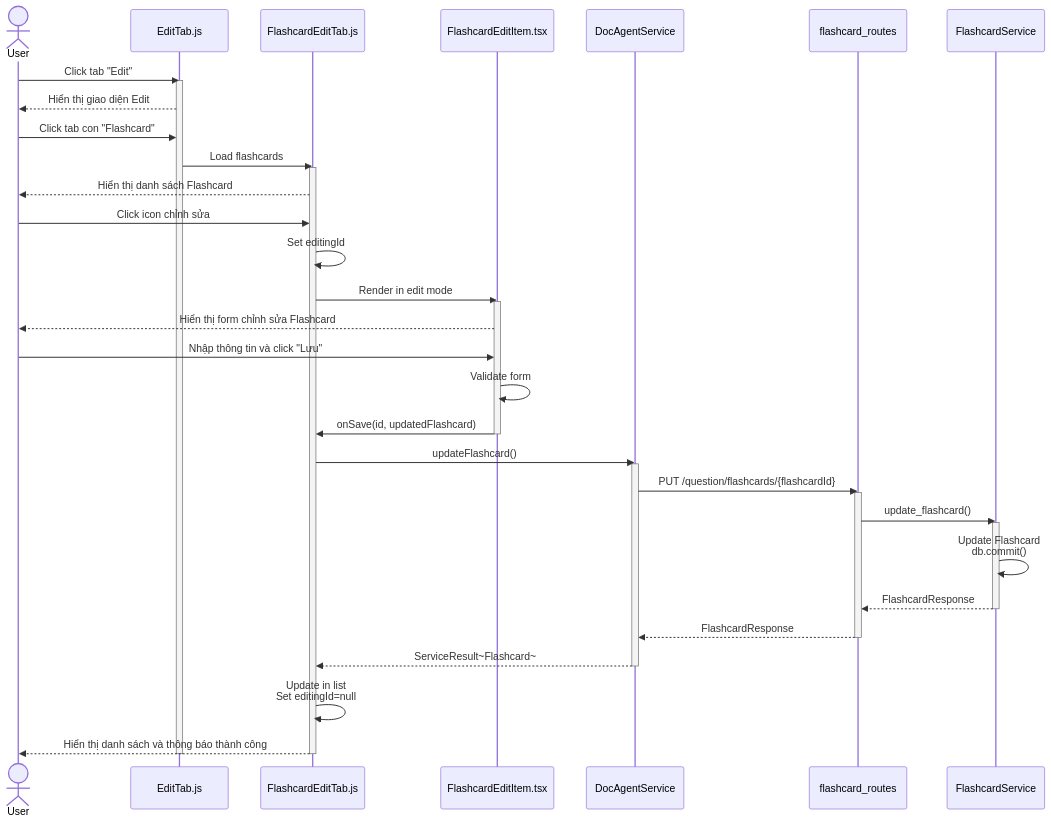
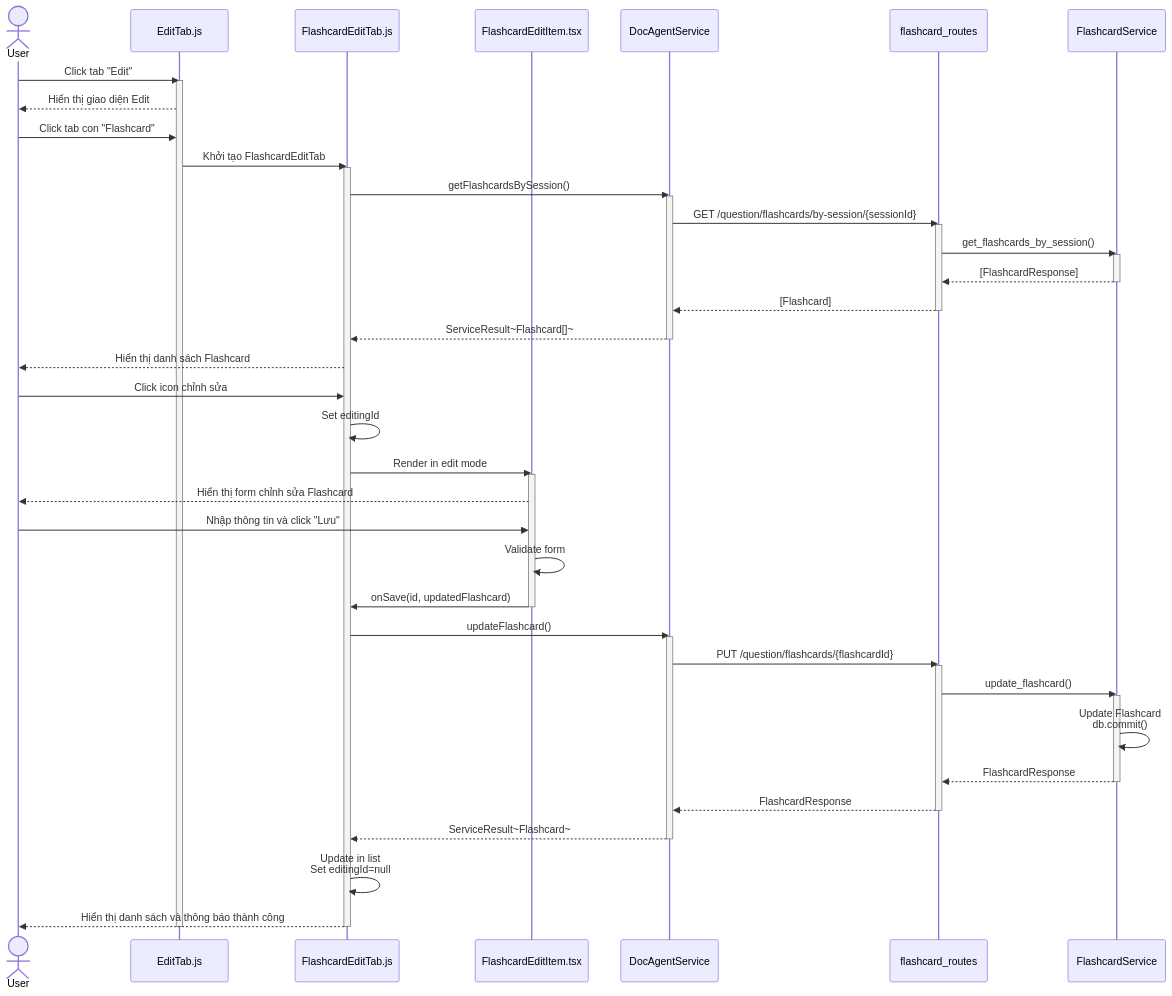
Before and after one commit to mduc-2610/gp_doc: the sixth of 8 diagrams in question/4_question_management_seq.md, drawn with Mermaid. The commit also changed other lines of this file and 12 other files, not shown here.

Commit message:
refactor scenario and sequence

````diff
--- a/question/4_question_management_seq.md
+++ b/question/4_question_management_seq.md
@@ -307,55 +343,69 @@
 ```mermaid
 sequenceDiagram
     actor User
     participant EditTab as EditTab.js
     participant FlashcardEditTab as FlashcardEditTab.js
     participant FlashcardEditItem as FlashcardEditItem.tsx
     participant DocAgentService as DocAgentService
     participant FlashcardRoutes as flashcard_routes
     participant FlashcardService as FlashcardService
 
     User->>EditTab: Click tab "Edit"
     activate EditTab
     EditTab-->>User: Hiển thị giao diện Edit
     
     User->>EditTab: Click tab con "Flashcard"
-    EditTab->>FlashcardEditTab: Load flashcards
+    EditTab->>FlashcardEditTab: Khởi tạo FlashcardEditTab
     activate FlashcardEditTab
+    
+    FlashcardEditTab->>DocAgentService: getFlashcardsBySession()
+    activate DocAgentService
+    DocAgentService->>FlashcardRoutes: GET /question/flashcards/by-session/{sessionId}
+    activate FlashcardRoutes
+    FlashcardRoutes->>FlashcardService: get_flashcards_by_session()
+    activate FlashcardService
+    FlashcardService-->>FlashcardRoutes: [FlashcardResponse]
+    deactivate FlashcardService
+    FlashcardRoutes-->>DocAgentService: [Flashcard]
+    deactivate FlashcardRoutes
+    DocAgentService-->>FlashcardEditTab: ServiceResult~Flashcard[]~
+    deactivate DocAgentService
+    
     FlashcardEditTab-->>User: Hiển thị danh sách Flashcard
     
     User->>FlashcardEditTab: Click icon chỉnh sửa
     FlashcardEditTab->>FlashcardEditTab: Set editingId
     FlashcardEditTab->>FlashcardEditItem: Render in edit mode
     activate FlashcardEditItem
     FlashcardEditItem-->>User: Hiển thị form chỉnh sửa Flashcard
     
     User->>FlashcardEditItem: Nhập thông tin và click "Lưu"
     FlashcardEditItem->>FlashcardEditItem: Validate form
     FlashcardEditItem->>FlashcardEditTab: onSave(id, updatedFlashcard)
     deactivate FlashcardEditItem
     
     FlashcardEditTab->>DocAgentService: updateFlashcard()
     activate DocAgentService
     
     DocAgentService->>FlashcardRoutes: PUT /question/flashcards/{flashcardId}
     activate FlashcardRoutes
     
     FlashcardRoutes->>FlashcardService: update_flashcard()
     activate FlashcardService
     
     FlashcardService->>FlashcardService: Update Flashcard<br/>db.commit()
     
     FlashcardService-->>FlashcardRoutes: FlashcardResponse
     deactivate FlashcardService
     
     FlashcardRoutes-->>DocAgentService: FlashcardResponse
     deactivate FlashcardRoutes
     
     DocAgentService-->>FlashcardEditTab: ServiceResult~Flashcard~
     deactivate DocAgentService
     
     FlashcardEditTab->>FlashcardEditTab: Update in list<br/>Set editingId=null
     FlashcardEditTab-->>User: Hiển thị danh sách và thông báo thành công
     deactivate FlashcardEditTab
     deactivate EditTab
 ```
````
